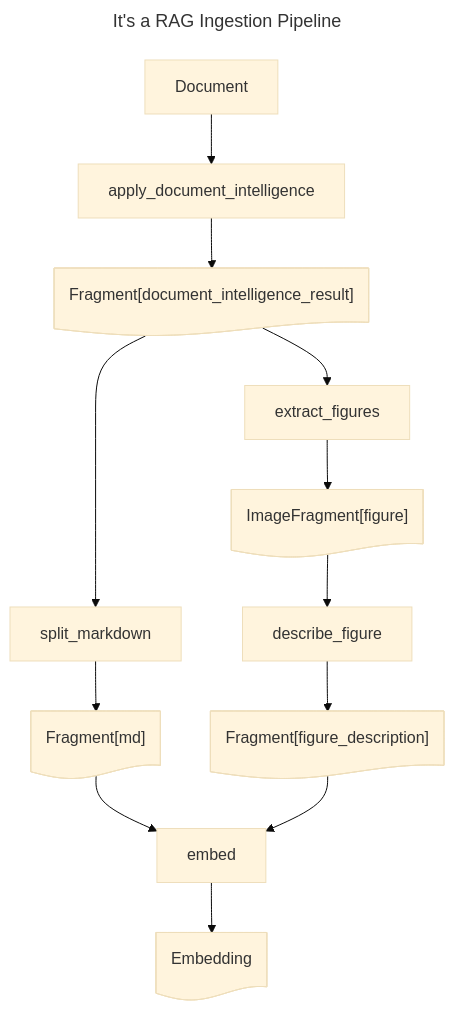
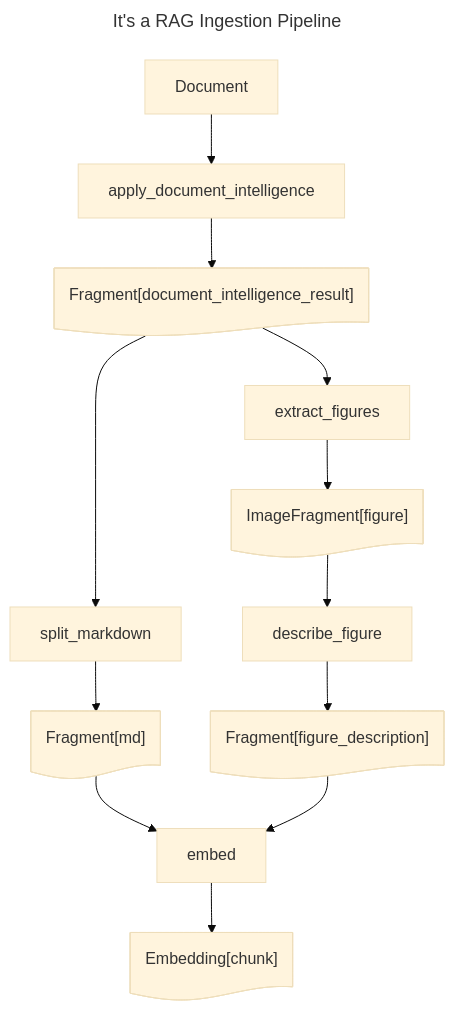
One commit to Azure-Samples/az-ai-catalyst changed the diagram in examples/its_a_rag.md. Above: the diagram before and after it, drawn with Mermaid (base theme). The commit also changed 14 other files, not shown here.

````diff
--- a/examples/its_a_rag.md
+++ b/examples/its_a_rag.md
@@ -1,28 +1,28 @@
 ```mermaid
 ---
 title: It's a RAG Ingestion Pipeline
 ---
 flowchart TD
-    Embedding@{ shape: doc, label: "Embedding" }
-    Fragment_document_intelligence_result@{ shape: doc, label: "Fragment[document_intelligence_result]" }
     Fragment_figure_description@{ shape: doc, label: "Fragment[figure_description]" }
     Fragment_md@{ shape: doc, label: "Fragment[md]" }
     ImageFragment_figure@{ shape: doc, label: "ImageFragment[figure]" }
+    Fragment_document_intelligence_result@{ shape: doc, label: "Fragment[document_intelligence_result]" }
+    Embedding_chunk@{ shape: doc, label: "Embedding[chunk]" }
     apply_document_intelligence@{ shape: rect, label: "apply_document_intelligence" }
     apply_document_intelligence --> Fragment_document_intelligence_result
     Document --> apply_document_intelligence
     extract_figures@{ shape: rect, label: "extract_figures" }
     extract_figures --> ImageFragment_figure
     Fragment_document_intelligence_result --> extract_figures
     describe_figure@{ shape: rect, label: "describe_figure" }
     describe_figure --> Fragment_figure_description
     ImageFragment_figure --> describe_figure
     split_markdown@{ shape: rect, label: "split_markdown" }
     split_markdown --> Fragment_md
     Fragment_document_intelligence_result --> split_markdown
     embed@{ shape: rect, label: "embed" }
-    embed --> Embedding
+    embed --> Embedding_chunk
     Fragment_md --> embed
     Fragment_figure_description --> embed
 
 ```
````
